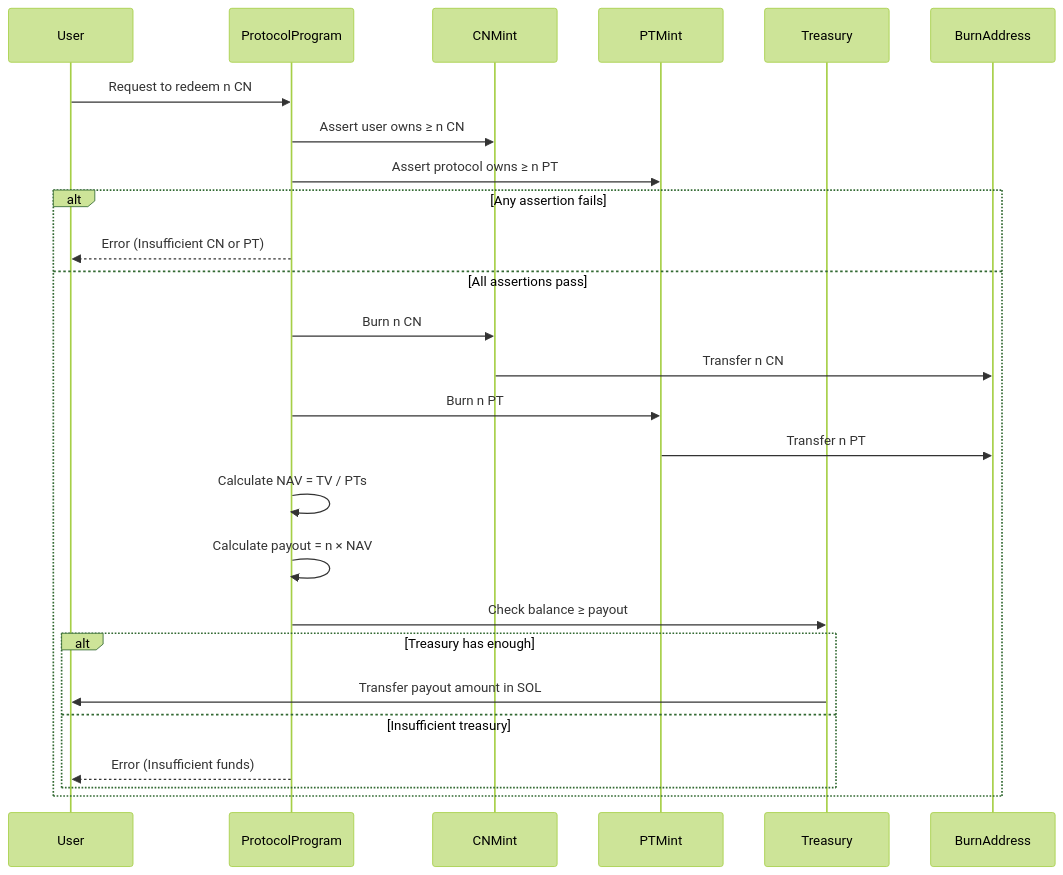
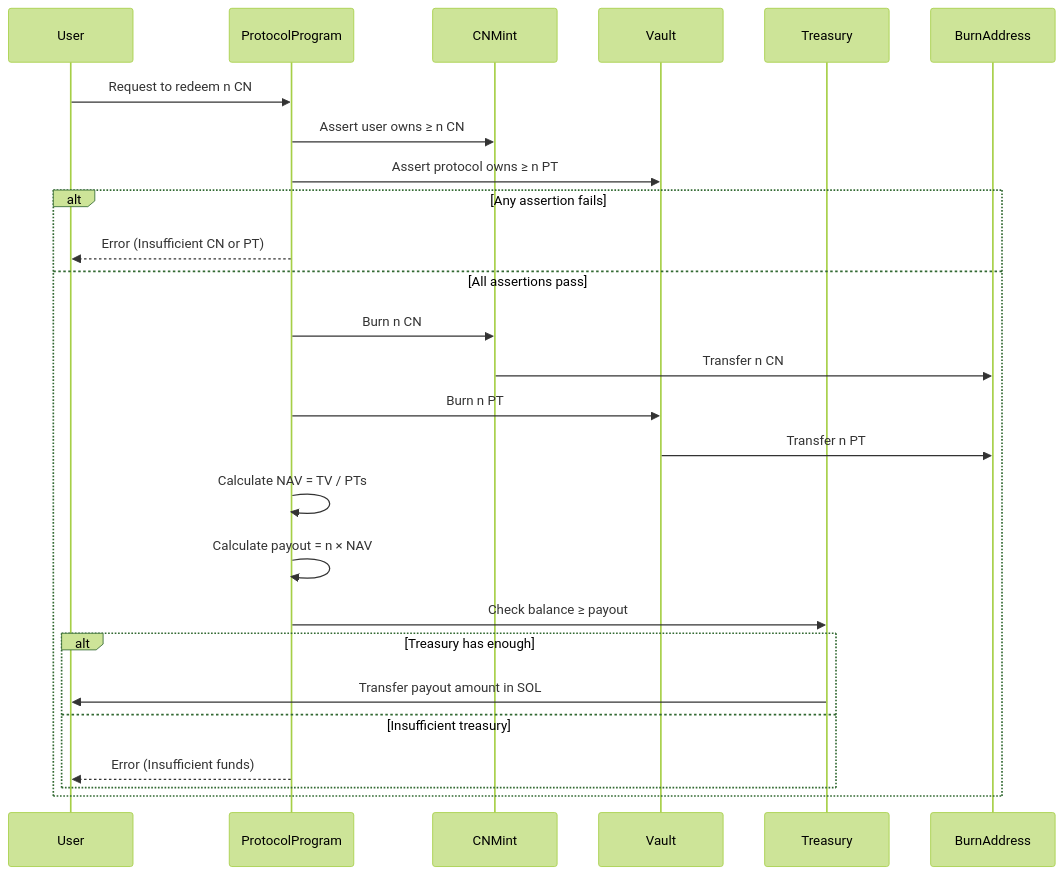
Before and after one commit to solana-turbin3/Q2_25_Builder_micaiah: the diagram in docs/scenarios/redeem_cn.md, drawn with Mermaid (forest theme). The commit also changed other lines of this file and 1 other file, not shown here.

Commit message:
fix arch diagrams: PT is transfered from vault, not minted on conversion

````diff
--- a/docs/scenarios/redeem_cn.md
+++ b/docs/scenarios/redeem_cn.md
@@ -6,35 +5,35 @@
 ```mermaid
 sequenceDiagram
   participant User
   participant ProtocolProgram
   participant CNMint
-  participant PTMint
+  participant Vault
   participant Treasury
   participant BurnAddress
 
   User->>ProtocolProgram: Request to redeem n CN
 
   ProtocolProgram->>CNMint: Assert user owns ≥ n CN
-  ProtocolProgram->>PTMint: Assert protocol owns ≥ n PT
+  ProtocolProgram->>Vault: Assert protocol owns ≥ n PT
 
   alt Any assertion fails
     ProtocolProgram-->>User: Error (Insufficient CN or PT)
   else All assertions pass
     ProtocolProgram->>CNMint: Burn n CN
     CNMint->>BurnAddress: Transfer n CN
 
-    ProtocolProgram->>PTMint: Burn n PT
-    PTMint->>BurnAddress: Transfer n PT
+    ProtocolProgram->>Vault: Burn n PT
+    Vault->>BurnAddress: Transfer n PT
 
     ProtocolProgram->>ProtocolProgram: Calculate NAV = TV / PTs
     ProtocolProgram->>ProtocolProgram: Calculate payout = n × NAV
 
     ProtocolProgram->>Treasury: Check balance ≥ payout
 
     alt Treasury has enough
       Treasury->>User: Transfer payout amount in SOL
     else Insufficient treasury
       ProtocolProgram-->>User: Error (Insufficient funds)
     end
   end
 ```
````
